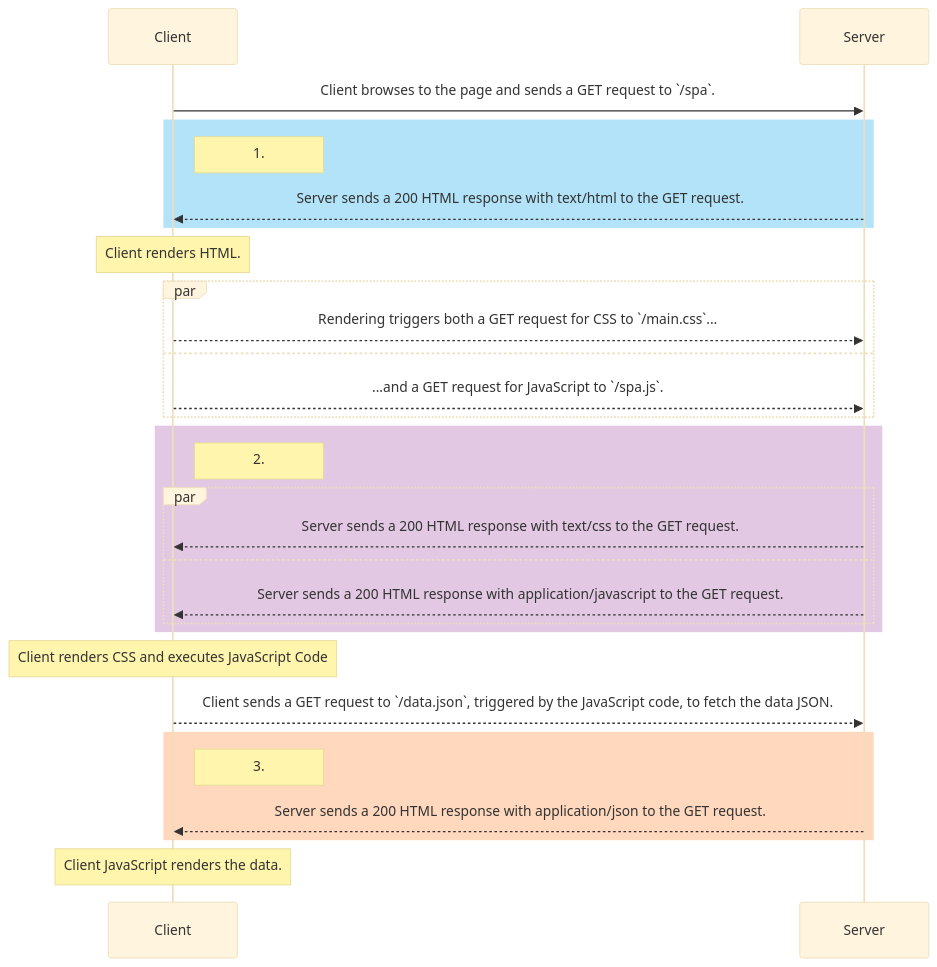
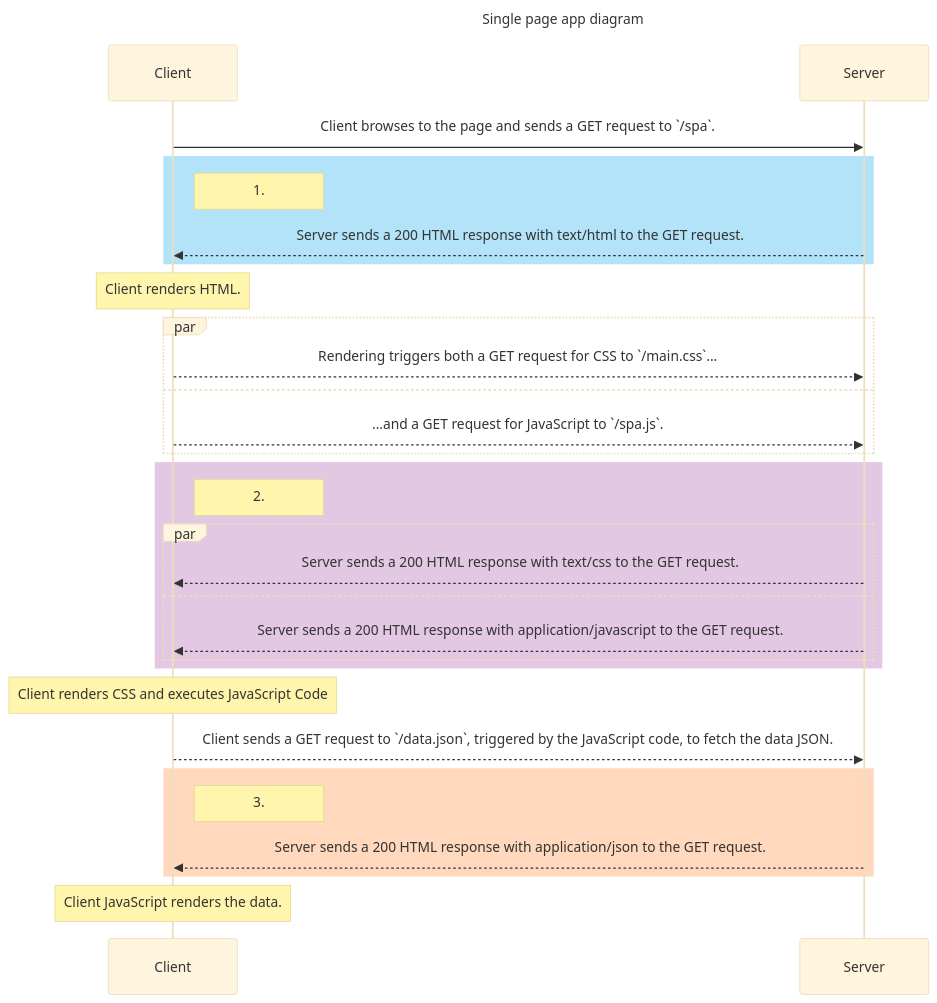
The diagram in spa_diagram.md (degenone/FSO-part0), drawn with Mermaid (base theme) before and after one commit. The commit also changed 1 other file, not shown here.

Commit message:
added titles to 0.4 and 0.5

````diff
--- a/spa_diagram.md
+++ b/spa_diagram.md
@@ -8,31 +8,34 @@
 ```mermaid
+---
+title: Single page app diagram
+---
 sequenceDiagram
     participant Client
     participant Server
     Client->>Server: Client browses to the page and sends a GET request to `/spa`.
     rect rgba(0, 162, 232, 0.3)
     note right of Client: 1.
     Server-->>Client: Server sends a 200 HTML response with text/html to the GET request.
     end
     note over Client: Client renders HTML.
     par
     Client-->>Server: Rendering triggers both a GET request for CSS to `/main.css`...
     and
     Client-->>Server: ...and a GET request for JavaScript to `/spa.js`.
     end
     rect rgba(163, 73, 164, 0.3)
     note right of Client: 2.
     par
     Server-->>Client: Server sends a 200 HTML response with text/css to the GET request.
     and
     Server-->>Client: Server sends a 200 HTML response with application/javascript to the GET request.
     end
     end
     note over Client: Client renders CSS and executes JavaScript Code
     Client-->>Server: Client sends a GET request to `/data.json`, triggered by the JavaScript code, to fetch the data JSON.
     rect rgba(255, 127, 39, 0.3)
     note right of Client: 3.
     Server-->>Client: Server sends a 200 HTML response with application/json to the GET request.
     end
     note over Client: Client JavaScript renders the data.
 ```
````
